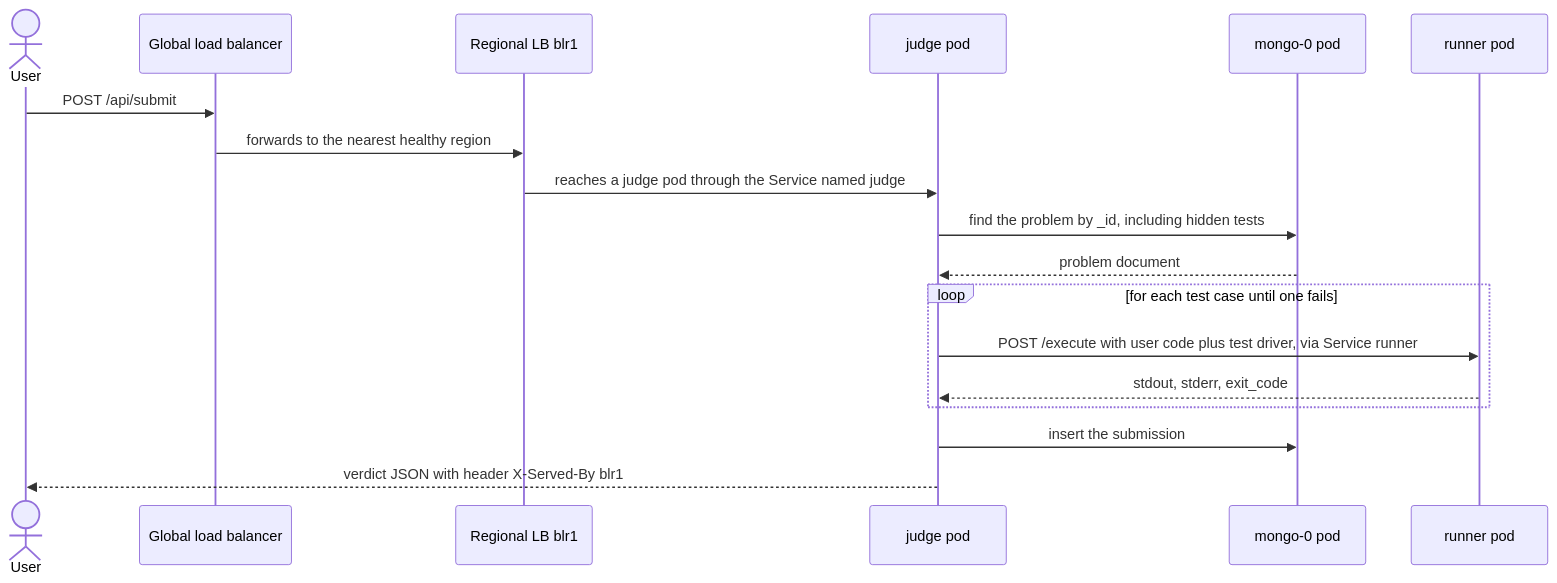
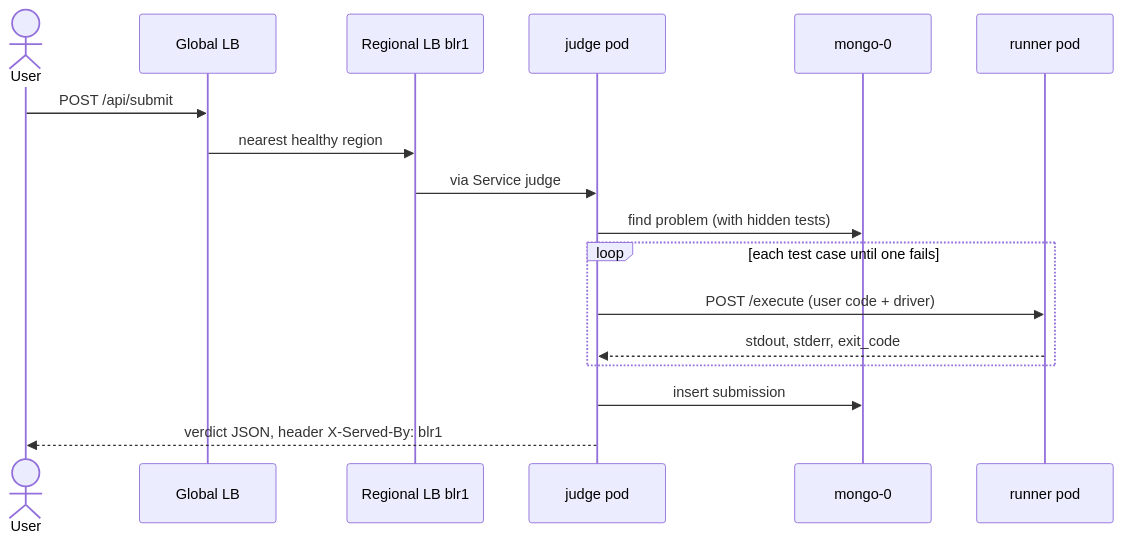
Before and after one commit to ShivanshKumar760/devops_v2: the fifth of 6 diagrams in leepcodev2/GUIDE.md, drawn with Mermaid. The commit also changed other lines of this file and 11 other files, not shown here.

````diff
--- a/leepcodev2/GUIDE.md
+++ b/leepcodev2/GUIDE.md
@@ -447,21 +268,20 @@
 ```mermaid
 sequenceDiagram
     actor User
-    participant GLB as Global load balancer
+    participant GLB as Global LB
     participant RLB as Regional LB blr1
     participant Judge as judge pod
-    participant Mongo as mongo-0 pod
+    participant Mongo as mongo-0
     participant Run as runner pod
 
     User->>GLB: POST /api/submit
-    GLB->>RLB: forwards to the nearest healthy region
-    RLB->>Judge: reaches a judge pod through the Service named judge
-    Judge->>Mongo: find the problem by _id, including hidden tests
-    Mongo-->>Judge: problem document
-    loop for each test case until one fails
-        Judge->>Run: POST /execute with user code plus test driver, via Service runner
+    GLB->>RLB: nearest healthy region
+    RLB->>Judge: via Service judge
+    Judge->>Mongo: find problem (with hidden tests)
+    loop each test case until one fails
+        Judge->>Run: POST /execute (user code + driver)
         Run-->>Judge: stdout, stderr, exit_code
     end
-    Judge->>Mongo: insert the submission
-    Judge-->>User: verdict JSON with header X-Served-By blr1
+    Judge->>Mongo: insert submission
+    Judge-->>User: verdict JSON, header X-Served-By: blr1
 ```
````
